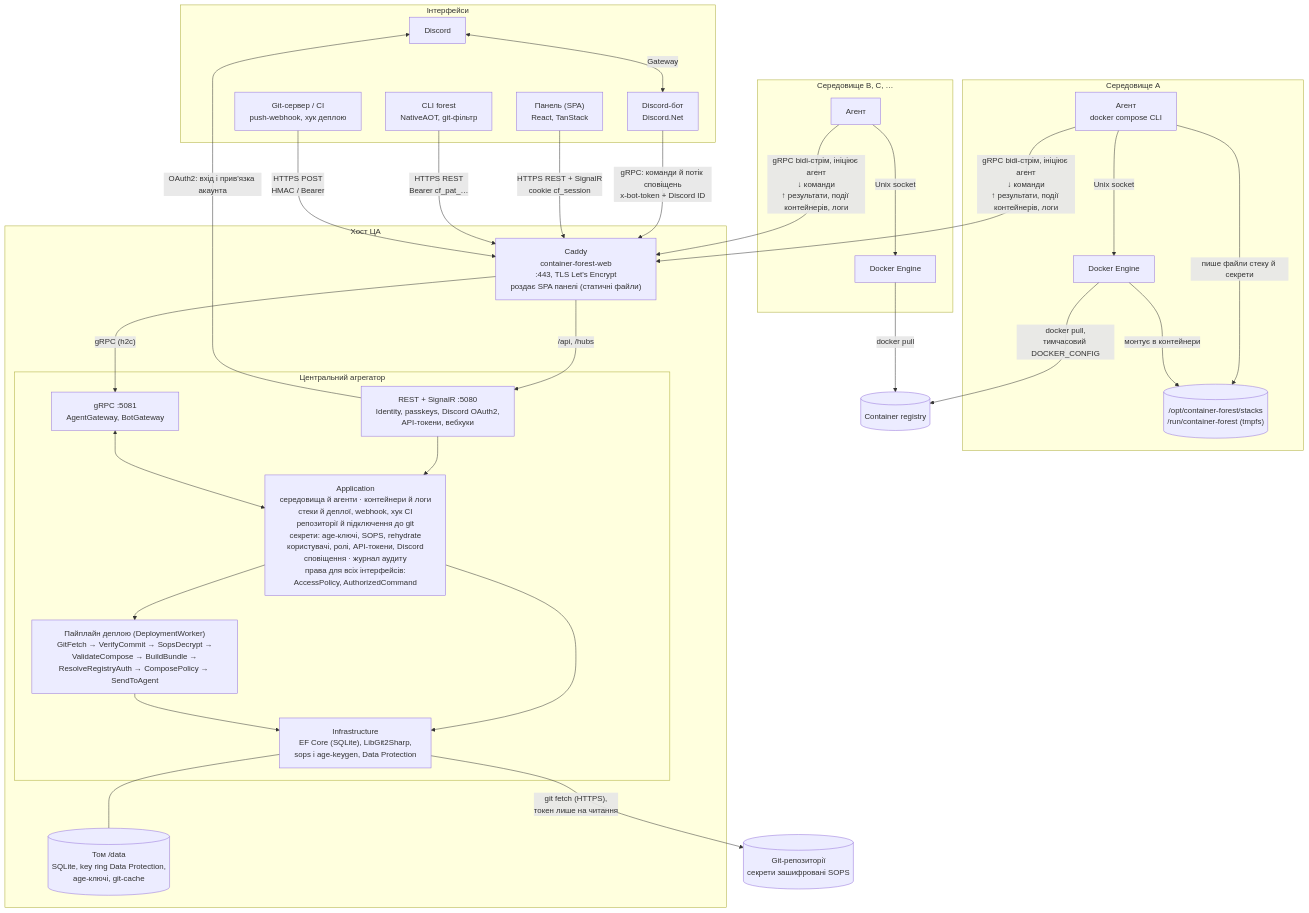
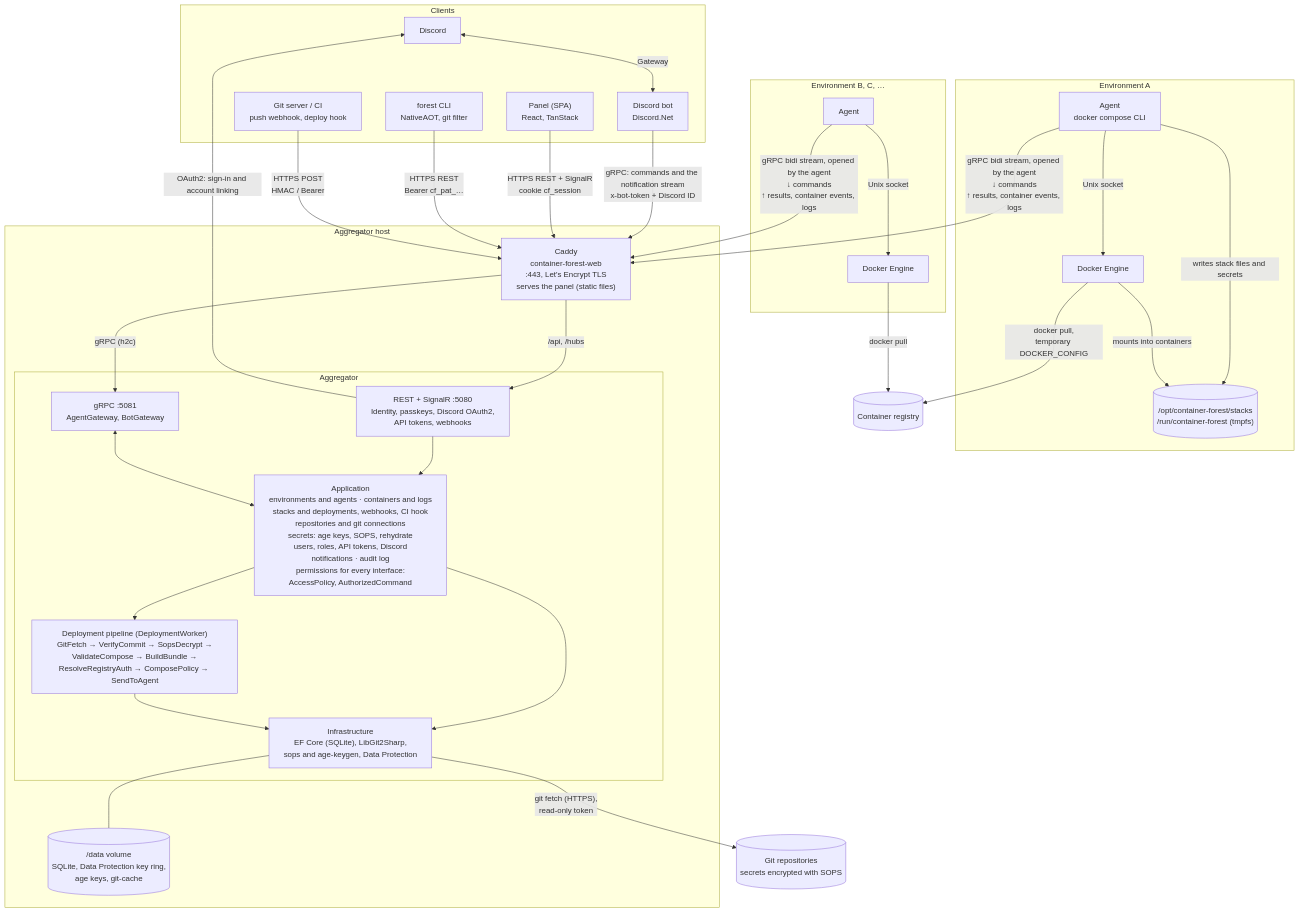
The first of 2 diagrams in docs/architecture.md (container-forest/container-forest), drawn with Mermaid before and after one commit. The commit also changed other lines of this file and 1 other file, not shown here.

First line of the commit message:
docs: translate the architecture and implementation status to English

````diff
--- a/docs/architecture.md
+++ b/docs/architecture.md
@@ -43,54 +43,54 @@
 ```mermaid
 %%{init: {"flowchart": {"wrappingWidth": 360}}}%%
 flowchart TB
-  subgraph Clients["Інтерфейси"]
-    Discord["Discord"] <-->|"Gateway"| Bot["Discord-бот<br/>Discord.Net"]
-    UI["Панель (SPA)<br/>React, TanStack"]
-    Cli["CLI forest<br/>NativeAOT, git-фільтр"]
-    Hooks["Git-сервер / CI<br/>push-webhook, хук деплою"]
+  subgraph Clients["Clients"]
+    Discord["Discord"] <-->|"Gateway"| Bot["Discord bot<br/>Discord.Net"]
+    UI["Panel (SPA)<br/>React, TanStack"]
+    Cli["forest CLI<br/>NativeAOT, git filter"]
+    Hooks["Git server / CI<br/>push webhook, deploy hook"]
   end
 
-  subgraph EnvB["Середовище B, C, …"]
-    EA2["Агент"] -->|"Unix socket"| D2["Docker Engine"]
+  subgraph EnvB["Environment B, C, …"]
+    EA2["Agent"] -->|"Unix socket"| D2["Docker Engine"]
   end
 
-  subgraph EnvA["Середовище A"]
-    EA1["Агент<br/>docker compose CLI"] -->|"Unix socket"| D1["Docker Engine"]
+  subgraph EnvA["Environment A"]
+    EA1["Agent<br/>docker compose CLI"] -->|"Unix socket"| D1["Docker Engine"]
     S1[("/opt/container-forest/stacks<br/>/run/container-forest (tmpfs)")]
-    EA1 -->|"пише файли стеку й секрети"| S1
-    D1 -->|"монтує в контейнери"| S1
+    EA1 -->|"writes stack files and secrets"| S1
+    D1 -->|"mounts into containers"| S1
   end
-  subgraph Host["Хост ЦА"]
-    Caddy["Caddy<br/>container-forest-web<br/>:443, TLS Let's Encrypt<br/>роздає SPA панелі (статичні файли)"]
-    subgraph CA["Центральний агрегатор"]
-      Rest["REST + SignalR :5080<br/>Identity, passkeys, Discord OAuth2,<br/>API-токени, вебхуки"]
+  subgraph Host["Aggregator host"]
+    Caddy["Caddy<br/>container-forest-web<br/>:443, Let's Encrypt TLS<br/>serves the panel (static files)"]
+    subgraph CA["Aggregator"]
+      Rest["REST + SignalR :5080<br/>Identity, passkeys, Discord OAuth2,<br/>API tokens, webhooks"]
       Grpc["gRPC :5081<br/>AgentGateway, BotGateway"]
-      App["Application<br/>середовища й агенти · контейнери й логи<br/>стеки й деплої, webhook, хук CI<br/>репозиторії й підключення до git<br/>секрети: age-ключі, SOPS, rehydrate<br/>користувачі, ролі, API-токени, Discord<br/>сповіщення · журнал аудиту<br/>права для всіх інтерфейсів:<br/>AccessPolicy, AuthorizedCommand"]
-      Pipe["Пайплайн деплою (DeploymentWorker)<br/>GitFetch → VerifyCommit → SopsDecrypt →<br/>ValidateCompose → BuildBundle →<br/>ResolveRegistryAuth → ComposePolicy → SendToAgent"]
+      App["Application<br/>environments and agents · containers and logs<br/>stacks and deployments, webhooks, CI hook<br/>repositories and git connections<br/>secrets: age keys, SOPS, rehydrate<br/>users, roles, API tokens, Discord<br/>notifications · audit log<br/>permissions for every interface:<br/>AccessPolicy, AuthorizedCommand"]
+      Pipe["Deployment pipeline (DeploymentWorker)<br/>GitFetch → VerifyCommit → SopsDecrypt →<br/>ValidateCompose → BuildBundle →<br/>ResolveRegistryAuth → ComposePolicy → SendToAgent"]
       Rest --> App
       Grpc <--> App
       App --> Pipe
-      Infra["Infrastructure<br/>EF Core (SQLite), LibGit2Sharp,<br/>sops і age-keygen, Data Protection"]
+      Infra["Infrastructure<br/>EF Core (SQLite), LibGit2Sharp,<br/>sops and age-keygen, Data Protection"]
       App --> Infra
       Pipe --> Infra
     end
-    Data[("Том /data<br/>SQLite, key ring Data Protection,<br/>age-ключі, git-cache")]
+    Data[("/data volume<br/>SQLite, Data Protection key ring,<br/>age keys, git-cache")]
     Caddy -->|"/api, /hubs"| Rest
     Caddy -->|"gRPC (h2c)"| Grpc
     Infra --- Data
   end
 
-  Git[("Git-репозиторії<br/>секрети зашифровані SOPS")]
+  Git[("Git repositories<br/>secrets encrypted with SOPS")]
   Reg[("Container registry")]
 
-  Bot -->|"gRPC: команди й потік сповіщень<br/>x-bot-token + Discord ID"| Caddy
+  Bot -->|"gRPC: commands and the notification stream<br/>x-bot-token + Discord ID"| Caddy
   UI -->|"HTTPS REST + SignalR<br/>cookie cf_session"| Caddy
   Cli -->|"HTTPS REST<br/>Bearer cf_pat_…"| Caddy
   Hooks -->|"HTTPS POST<br/>HMAC / Bearer"| Caddy
-  EA1 -->|"gRPC bidi-стрім, ініціює агент<br/>↓ команди<br/>↑ результати, події контейнерів, логи"| Caddy
-  EA2 -->|"gRPC bidi-стрім, ініціює агент<br/>↓ команди<br/>↑ результати, події контейнерів, логи"| Caddy
-  Infra -->|"git fetch (HTTPS),<br/>токен лише на читання"| Git
-  D1 -->|"docker pull,<br/>тимчасовий DOCKER_CONFIG"| Reg
+  EA1 -->|"gRPC bidi stream, opened by the agent<br/>↓ commands<br/>↑ results, container events, logs"| Caddy
+  EA2 -->|"gRPC bidi stream, opened by the agent<br/>↓ commands<br/>↑ results, container events, logs"| Caddy
+  Infra -->|"git fetch (HTTPS),<br/>read-only token"| Git
+  D1 -->|"docker pull,<br/>temporary DOCKER_CONFIG"| Reg
   D2 -->|"docker pull"| Reg
-  Rest -->|"OAuth2: вхід і прив'язка акаунта"| Discord
+  Rest -->|"OAuth2: sign-in and account linking"| Discord
 ```
````
